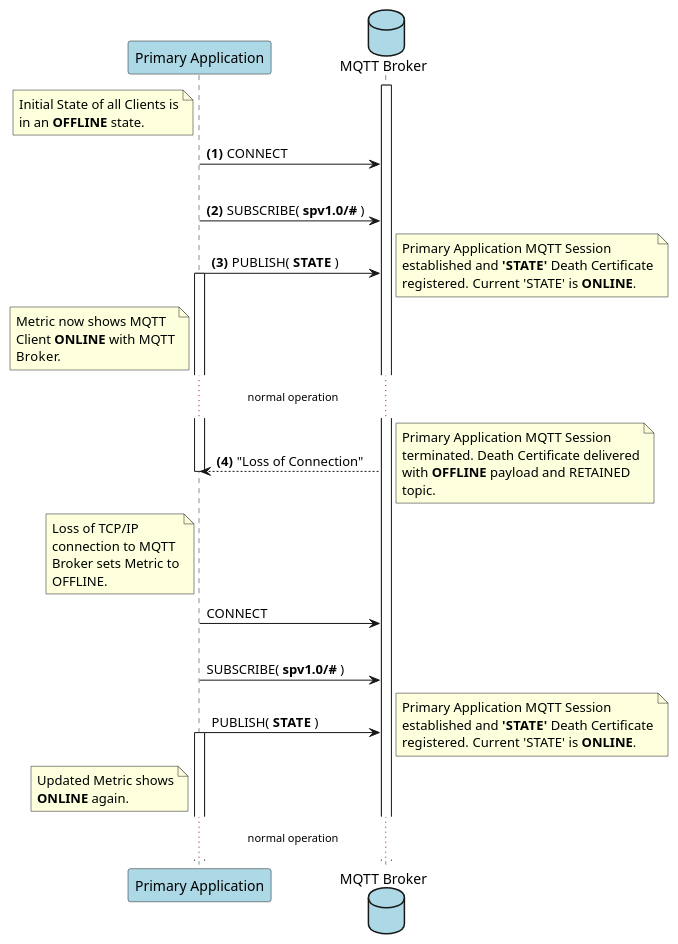
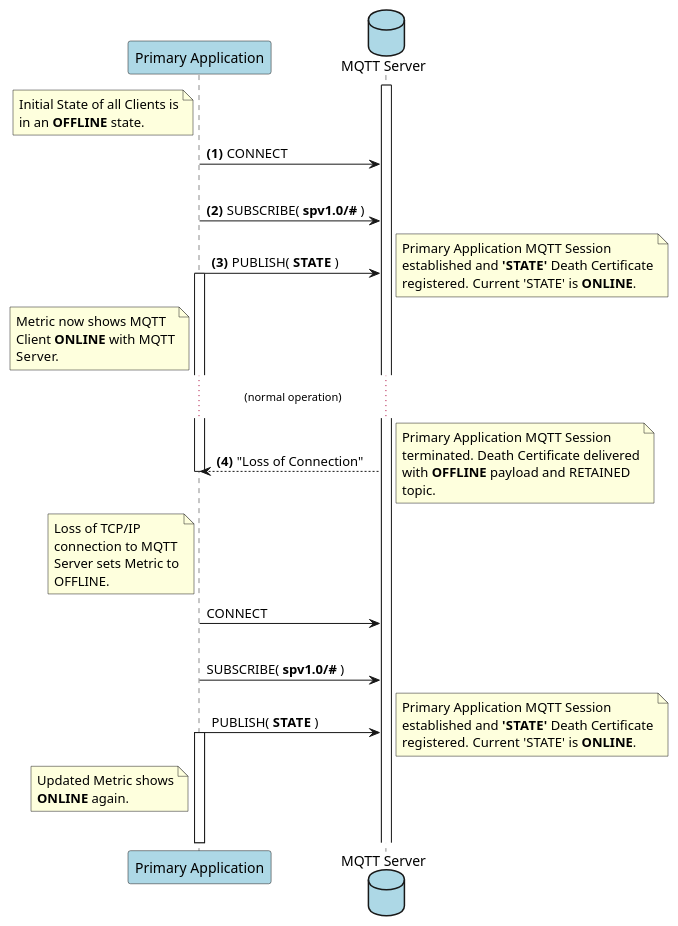
The first of 5 diagrams in specification/src/main/asciidoc/chapters/Sparkplug_5_Operational_Behavior.adoc (eclipse-sparkplug/sparkplug), drawn with PlantUML before and after one commit. The commit also changed other lines of this file, not shown here.

Commit message:
Added all figures of chapter 5 as plantUML.

```diff
--- a/specification/src/main/asciidoc/chapters/Sparkplug_5_Operational_Behavior.adoc
+++ b/specification/src/main/asciidoc/chapters/Sparkplug_5_Operational_Behavior.adoc
@@ -51,83 +51,83 @@
 [plantuml, host-session-establishment, svg]
 ....
 @startuml
 participant "Primary Application" as PrimApp #lightblue
-database "MQTT Broker" as Broker #lightblue
+database "MQTT Server" as Server #lightblue
 
-activate Broker
+activate Server
 
 
 note left of PrimApp
 Initial State of all Clients is
 in an **OFFLINE** state.
 end note
 
 autonumber 1 "<b>(#)"
-PrimApp -> Broker : CONNECT
+PrimApp -> Server : CONNECT
 
 |||
-PrimApp -> Broker : SUBSCRIBE( **spv1.0/#** )
+PrimApp -> Server : SUBSCRIBE( **spv1.0/#** )
 
 
-PrimApp -> Broker : PUBLISH( **STATE** )
+PrimApp -> Server : PUBLISH( **STATE** )
 activate PrimApp
 
 note right
 Primary Application MQTT Session
 established and **'STATE'** Death Certificate
 registered. Current 'STATE' is **ONLINE**.
 end note
 
 
 note left of PrimApp
 Metric now shows MQTT
 Client **ONLINE** with MQTT
-Broker.
+Server.
 end note
 
-... normal operation ...
+... (normal operation) ...
 
 
-PrimApp <-- Broker : "Loss of Connection"
+PrimApp <-- Server : "Loss of Connection"
 autonumber stop
 
 note left of PrimApp
 Loss of TCP/IP
 connection to MQTT
-Broker sets Metric to
+Server sets Metric to
 OFFLINE.
 end note
 
 deactivate PrimApp
 
 note right
 Primary Application MQTT Session
 terminated. Death Certificate delivered
 with **OFFLINE** payload and RETAINED
 topic.
 end note
 
-PrimApp -> Broker : CONNECT
+PrimApp -> Server : CONNECT
 
 |||
 
-PrimApp -> Broker : SUBSCRIBE( **spv1.0/#** )
+PrimApp -> Server : SUBSCRIBE( **spv1.0/#** )
 
-PrimApp -> Broker : PUBLISH( **STATE** )
+PrimApp -> Server : PUBLISH( **STATE** )
 activate PrimApp
 
 note right
 Primary Application MQTT Session
 established and **'STATE'** Death Certificate
 registered. Current 'STATE' is **ONLINE**.
 end note
 
 
 note left of PrimApp
 Updated Metric shows
 **ONLINE** again.
 end note
 
-... normal operation ...
+|||
 @enduml
 ....
```
